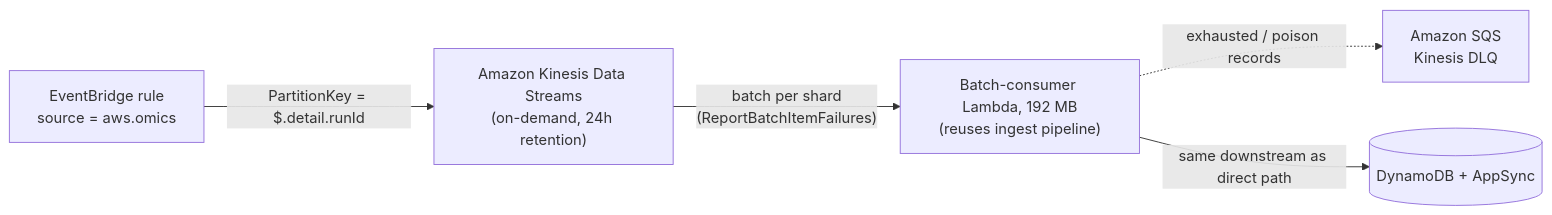
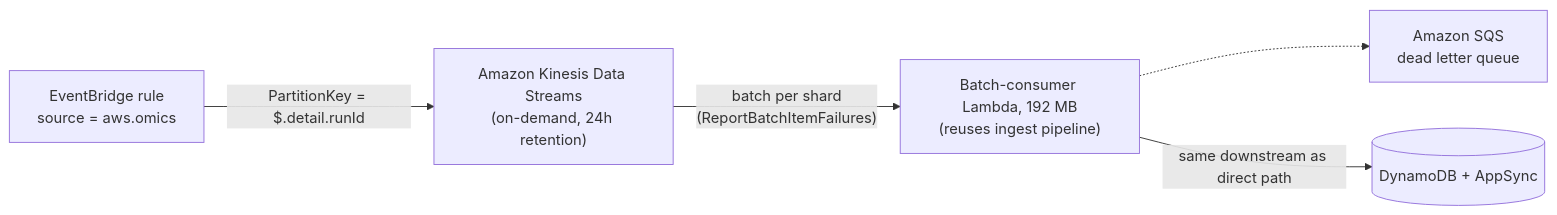
Before and after one commit to wisech-aws/aws-healthomic-ops: the second of 3 diagrams in README.md, drawn with Mermaid. The commit also changed other lines of this file, not shown here.

Commit message:
docs: label failure queues as dead letter queue

````diff
--- a/README.md
+++ b/README.md
@@ -107,7 +107,7 @@
 ```mermaid
 flowchart LR
     EB["EventBridge rule<br/>source = aws.omics"] -->|"PartitionKey = $.detail.runId"| KDS["Amazon Kinesis Data Streams<br/>(on-demand, 24h retention)"]
     KDS -->|"batch per shard<br/>(ReportBatchItemFailures)"| CONS["Batch-consumer Lambda, 192 MB<br/>(reuses ingest pipeline)"]
-    CONS -.->|"exhausted / poison records"| KDLQ["Amazon SQS<br/>Kinesis DLQ"]
+    CONS -.-> KDLQ["Amazon SQS<br/>dead letter queue"]
     CONS -->|"same downstream as direct path"| DDB[("DynamoDB + AppSync")]
 ```
````
